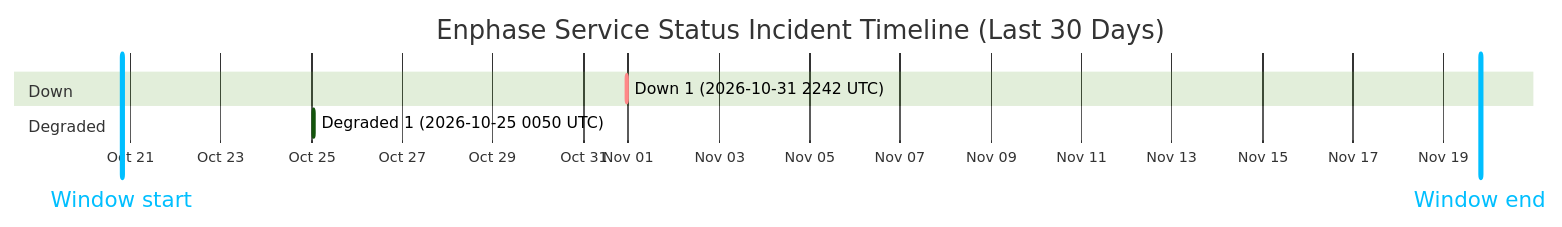
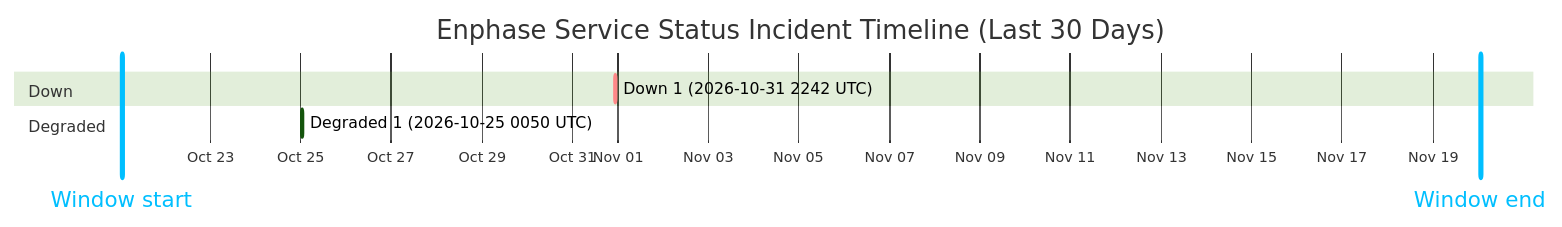
One commit to barneyonline/ha-enphase-energy changed the diagram in wiki/Service-Status-History.md. Above: the diagram before and after it, drawn with Mermaid (forest theme). The commit also changed other lines of this file and 3 other files, not shown here.

````diff
--- a/wiki/Service-Status-History.md
+++ b/wiki/Service-Status-History.md
@@ -14,12 +14,12 @@
 ```mermaid
 gantt
     title Enphase Service Status Incident Timeline (Last 30 Days)
     dateFormat  YYYY-MM-DDTHH:mm:ss
     axisFormat  %b %d
-    Window start :vert, window-start, 2026-10-20T19:20:54, 0ms
-    Window end :vert, window-end, 2026-11-19T19:20:54, 0ms
+    Window start :vert, window-start, 2026-10-21T01:22:51, 0ms
+    Window end :vert, window-end, 2026-11-20T01:22:51, 0ms
     section Down
     Down 1 (2026-10-31 2242 UTC) :crit, down-1, 2026-10-31T22:42:18, 60m
     section Degraded
     Degraded 1 (2026-10-25 0050 UTC) :active, degraded-1, 2026-10-25T00:50:01, 60m
 ```
````
